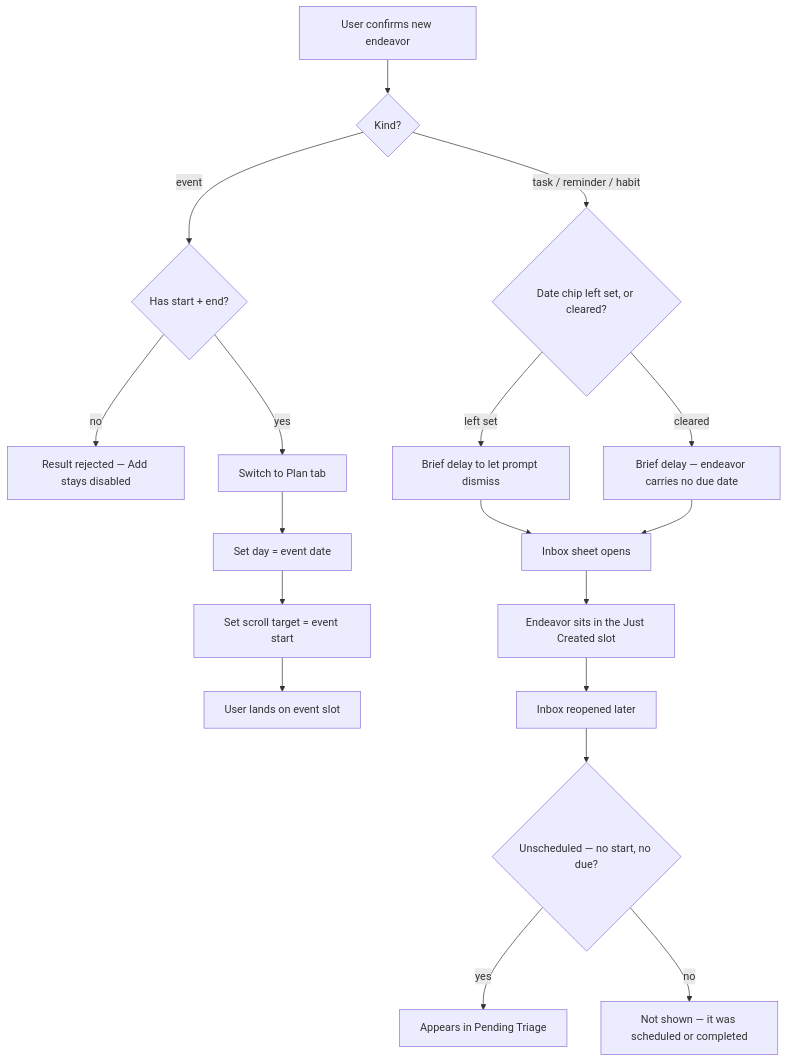
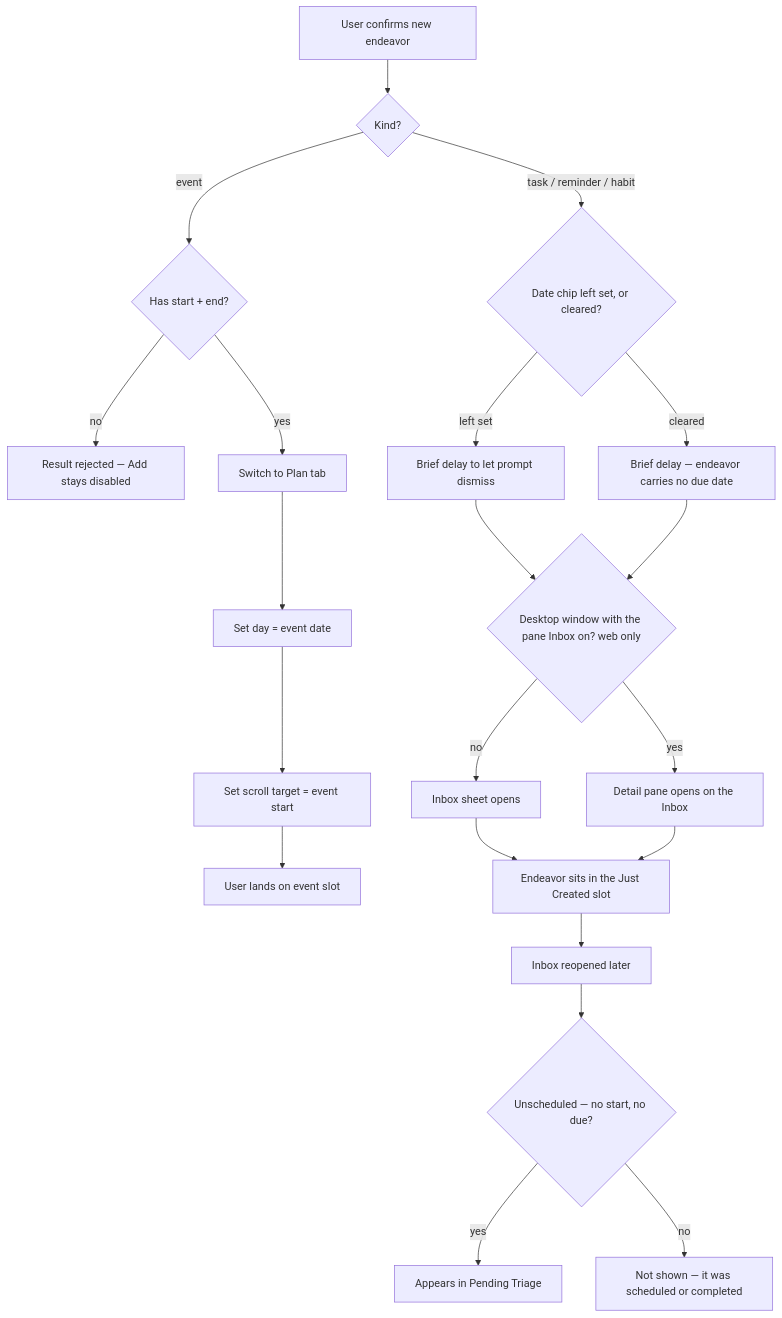
One commit to zheref/kro-pwa changed the first of 4 diagrams in docs/Features/Inbox.md. Above: the diagram before and after it, drawn with Mermaid. The commit also changed other lines of this file and 139 other files, not shown here.

First line of the commit message:
feat(capture): rebuild the capture prompt and pane-hosted Inbox triage

````diff
--- a/docs/Features/Inbox.md
+++ b/docs/Features/Inbox.md
@@ -156,20 +192,23 @@
 ```mermaid
 flowchart TD
     capture[User confirms new endeavor] --> kind{Kind?}
     kind -->|event| validate{Has start + end?}
     validate -->|no| drop[Result rejected — Add stays disabled]
     validate -->|yes| planRoute[Switch to Plan tab]
     planRoute --> planDay[Set day = event date]
     planDay --> planScroll[Set scroll target = event start]
     planScroll --> planDone[User lands on event slot]
     kind -->|task / reminder / habit| dateChoice{Date chip left set, or cleared?}
     dateChoice -->|left set| inboxDelayDated[Brief delay to let prompt dismiss]
     dateChoice -->|cleared| inboxDelayDateless[Brief delay — endeavor carries no due date]
-    inboxDelayDated --> inboxSheet[Inbox sheet opens]
-    inboxDelayDateless --> inboxSheet
+    inboxDelayDated --> where{Desktop window with the pane Inbox on? web only}
+    inboxDelayDateless --> where
+    where -->|no| inboxSheet[Inbox sheet opens]
+    where -->|yes| inboxPane[Detail pane opens on the Inbox]
     inboxSheet --> justCreated[Endeavor sits in the Just Created slot]
+    inboxPane --> justCreated
     justCreated --> reopen[Inbox reopened later]
     reopen --> pendingCheck{Unscheduled — no start, no due?}
     pendingCheck -->|yes| pendingTriage[Appears in Pending Triage]
     pendingCheck -->|no| gone[Not shown — it was scheduled or completed]
 ```
````
